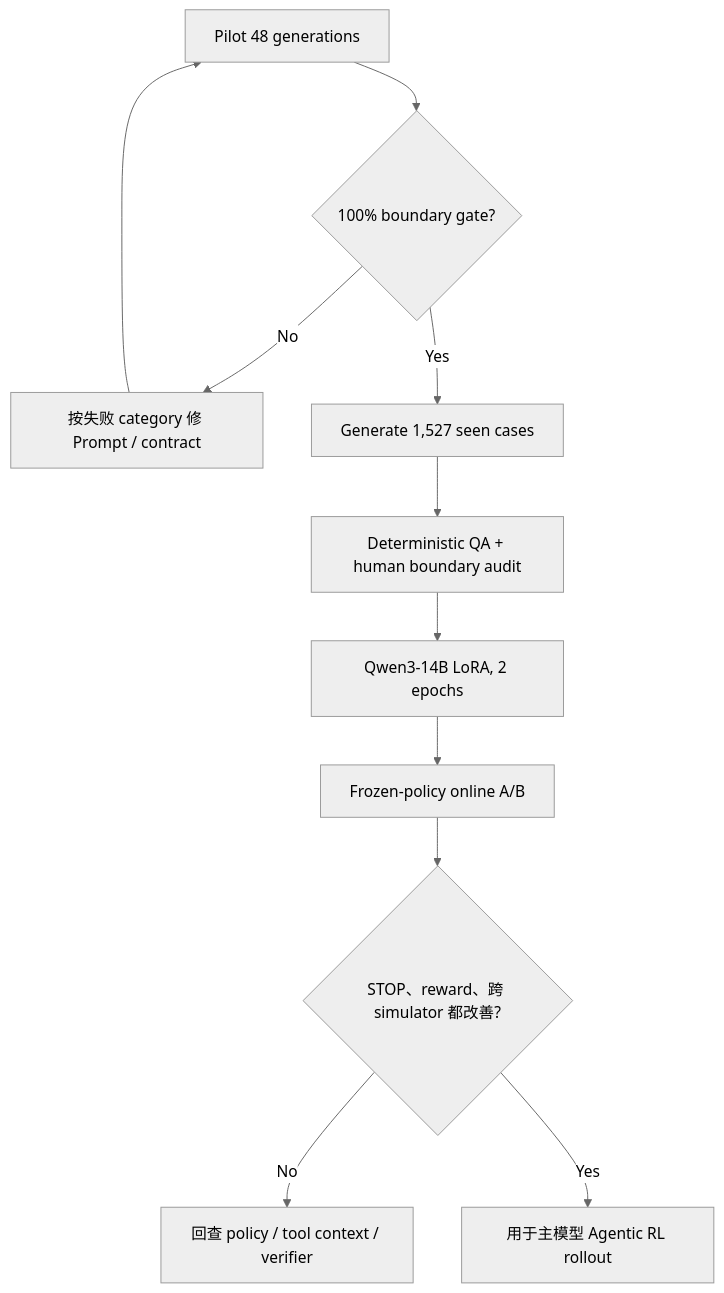
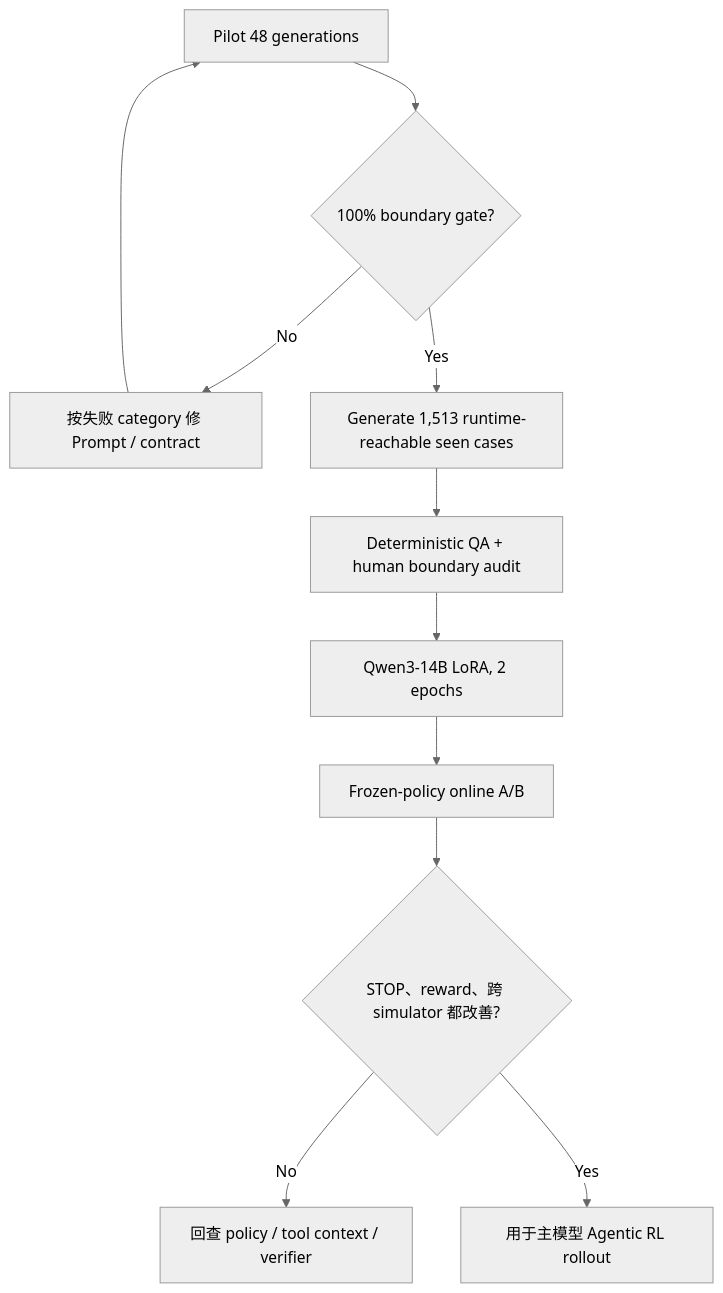
One commit to iOPEN-Xing/agentic-rl changed the second of 2 diagrams in docs/user-simulator-data/README.md. Above: the diagram before and after it, drawn with Mermaid (neutral theme). The commit also changed other lines of this file and 12 other files, not shown here.

````diff
--- a/docs/user-simulator-data/README.md
+++ b/docs/user-simulator-data/README.md
@@ -377,13 +394,13 @@
 ```mermaid
 flowchart TD
     A["Pilot 48 generations"] --> B{"100% boundary gate?"}
     B -->|"No"| C["按失败 category 修 Prompt / contract"]
     C --> A
-    B -->|"Yes"| D["Generate 1,527 seen cases"]
+    B -->|"Yes"| D["Generate 1,513 runtime-reachable seen cases"]
     D --> E["Deterministic QA + human boundary audit"]
     E --> F["Qwen3-14B LoRA, 2 epochs"]
     F --> G["Frozen-policy online A/B"]
     G --> H{"STOP、reward、跨 simulator 都改善?"}
     H -->|"No"| I["回查 policy / tool context / verifier"]
     H -->|"Yes"| J["用于主模型 Agentic RL rollout"]
 ```
````
